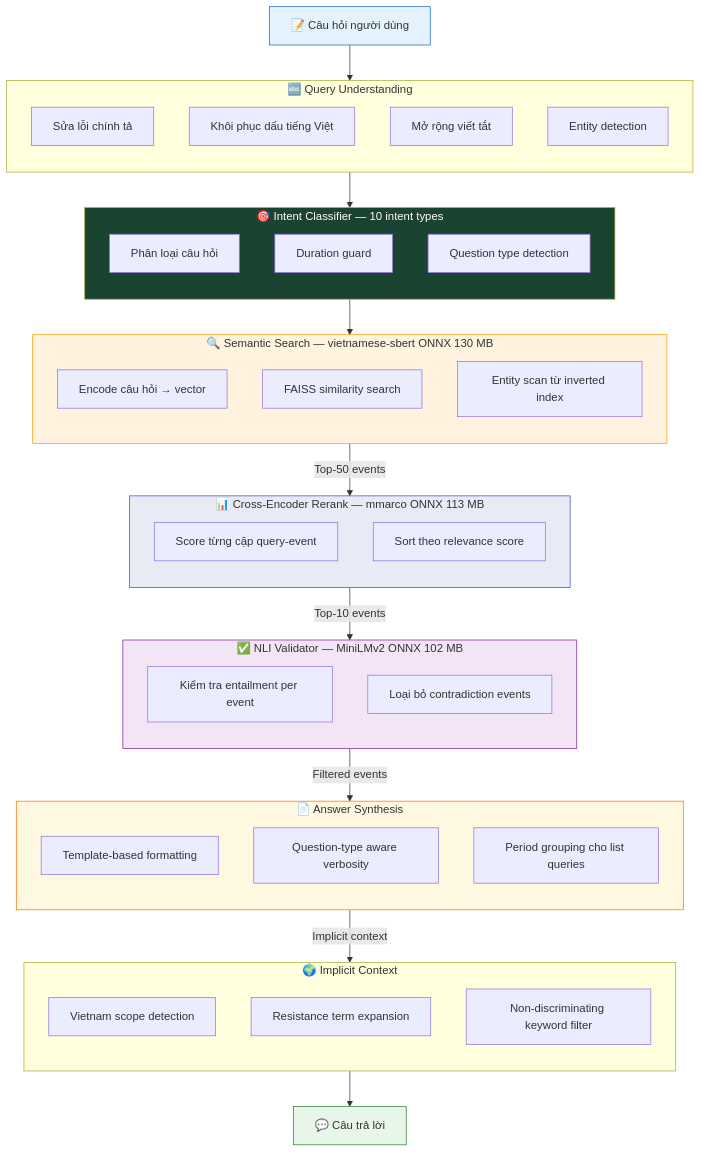
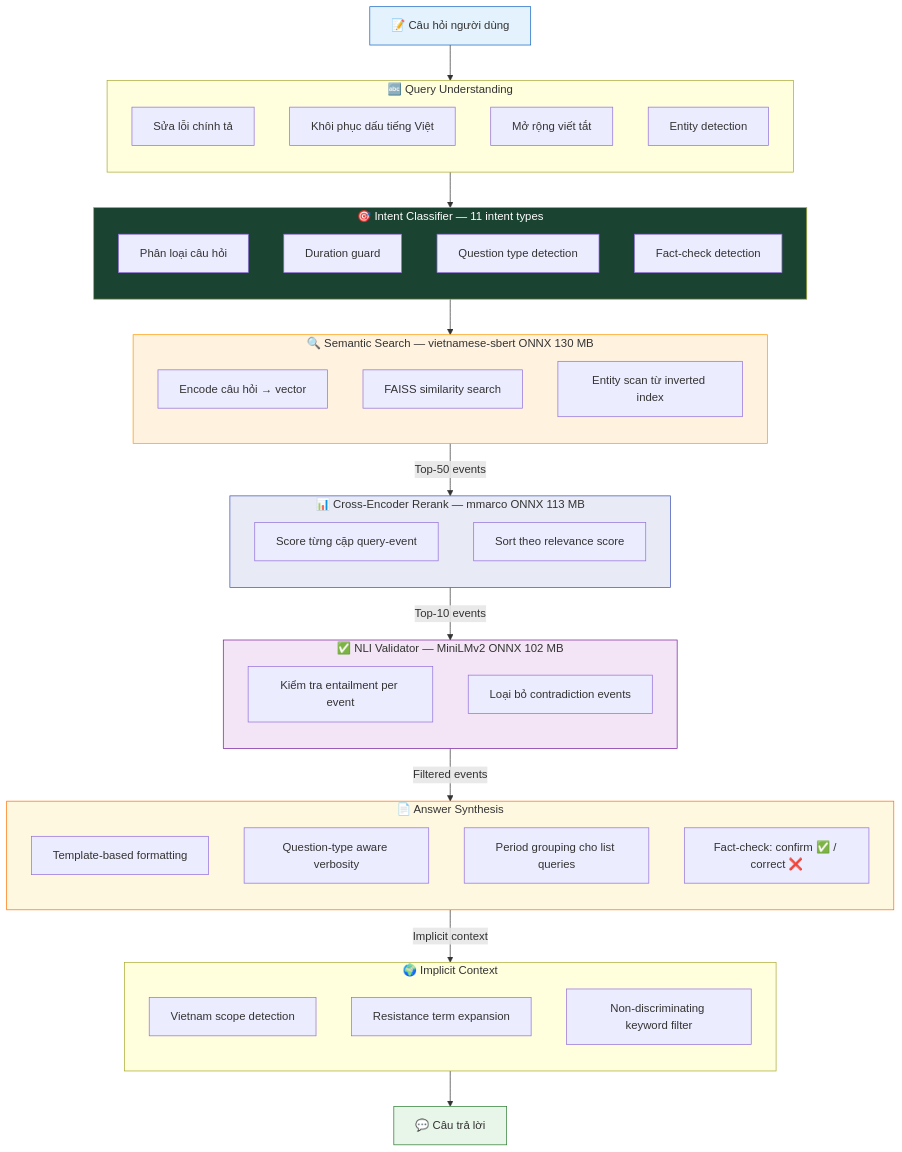
Diagram 20 of 23 in AI_DEVELOPMENT_ROADMAP.md (HistoryMindAI/vietnam_history_dataset), drawn with Mermaid before and after one commit. The commit also changed other lines of this file and 15 other files, not shown here.

````diff
--- a/AI_DEVELOPMENT_ROADMAP.md
+++ b/AI_DEVELOPMENT_ROADMAP.md
@@ -513,74 +583,76 @@
 ```mermaid
 flowchart TD
     Q["📝 Câu hỏi người dùng"] --> NLU
 
     subgraph NLU["🔤 Query Understanding"]
         direction TB
         N1["Sửa lỗi chính tả"]
         N2["Khôi phục dấu tiếng Việt"]
         N3["Mở rộng viết tắt"]
         N4["Entity detection"]
     end
 
     NLU --> IC
 
-    subgraph IC["🎯 Intent Classifier — 10 intent types"]
+    subgraph IC["🎯 Intent Classifier — 11 intent types"]
         direction TB
         IC1["Phân loại câu hỏi"]
         IC2["Duration guard"]
         IC3["Question type detection"]
+        IC4["Fact-check detection"]
     end
 
     IC --> Search
 
     subgraph Search["🔍 Semantic Search — vietnamese-sbert ONNX 130 MB"]
         direction TB
         S1["Encode câu hỏi → vector"]
         S2["FAISS similarity search"]
         S3["Entity scan từ inverted index"]
     end
 
     Search -->|"Top-50 events"| Rerank
 
     subgraph Rerank["📊 Cross-Encoder Rerank — mmarco ONNX 113 MB"]
         direction TB
         R1["Score từng cặp query-event"]
         R2["Sort theo relevance score"]
     end
 
     Rerank -->|"Top-10 events"| NLI
 
     subgraph NLI["✅ NLI Validator — MiniLMv2 ONNX 102 MB"]
         direction TB
         V1["Kiểm tra entailment per event"]
         V2["Loại bỏ contradiction events"]
     end
 
     NLI -->|"Filtered events"| Synth
 
     subgraph Synth["📄 Answer Synthesis"]
         direction TB
         AS1["Template-based formatting"]
         AS2["Question-type aware verbosity"]
         AS3["Period grouping cho list queries"]
+        AS4["Fact-check: confirm ✅ / correct ❌"]
     end
 
     Synth -->|"Implicit context"| Format
 
     subgraph Format["🌍 Implicit Context"]
         direction TB
         F1["Vietnam scope detection"]
         F2["Resistance term expansion"]
         F3["Non-discriminating keyword filter"]
     end
 
     Format --> A["💬 Câu trả lời"]
 
     style Q fill:#E3F2FD,stroke:#1565C0
     style A fill:#E8F5E9,stroke:#2E7D32
     style IC fill:#1b4332,color:#fff
     style Search fill:#FFF3E0,stroke:#FF9800
     style Rerank fill:#E8EAF6,stroke:#3F51B5
     style NLI fill:#F3E5F5,stroke:#7B1FA2
     style Synth fill:#FFF8E1,stroke:#FF6F00
 ```
````
